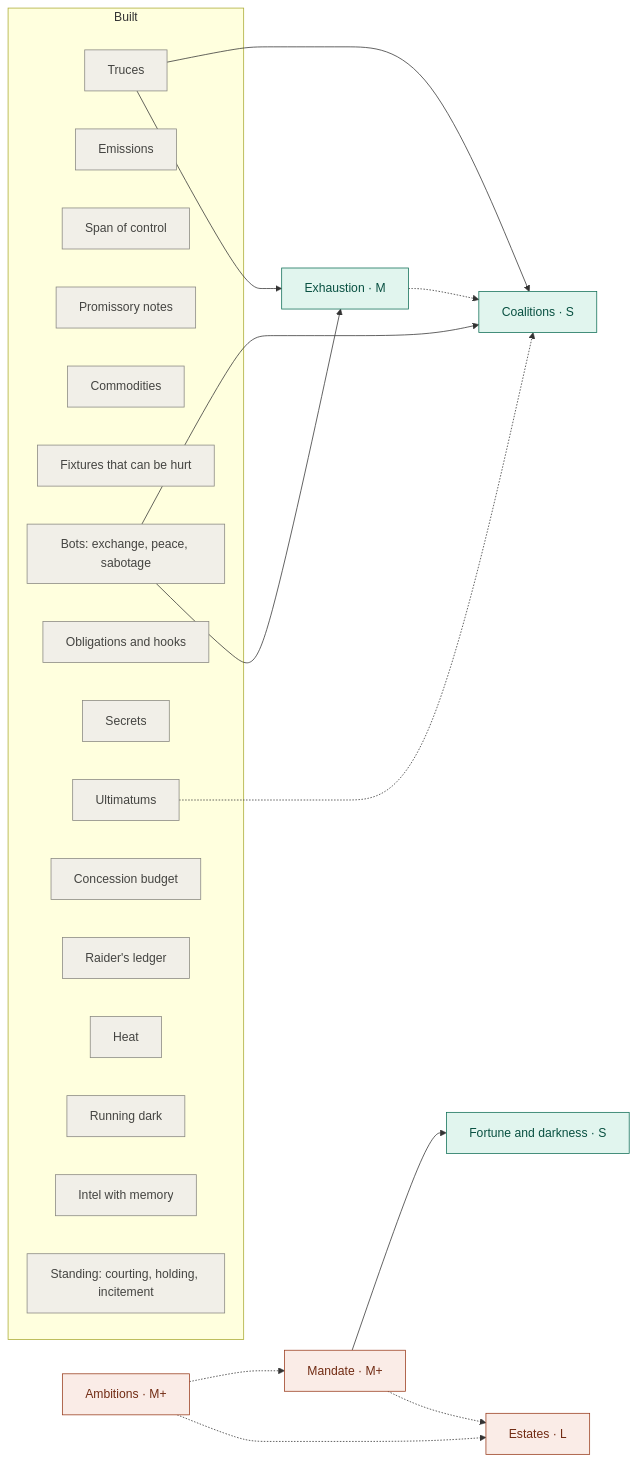
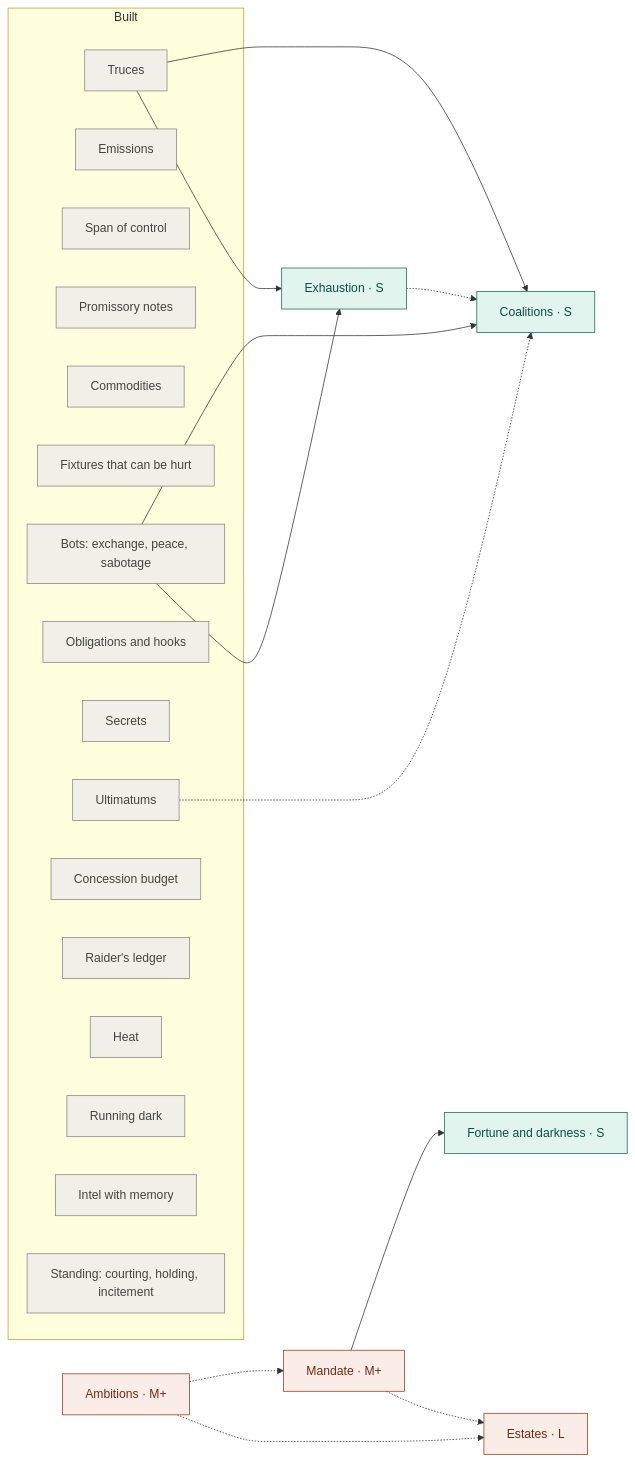
Before and after one commit to 1adityashetty1/paxgalactica: the diagram in docs/brainstorm-2026-10-02.md, drawn with Mermaid. The commit also changed other lines of this file, not shown here.

Commit message:
Build graph: exhaustion is a position check; what mutual defence needs to carry a coalition

````diff
--- a/docs/brainstorm-2026-10-02.md
+++ b/docs/brainstorm-2026-10-02.md
@@ -654,35 +666,35 @@
 ```mermaid
 flowchart LR
   classDef light fill:#E1F5EE,stroke:#0F6E56,color:#085041
   classDef heavy fill:#FAECE7,stroke:#993C1D,color:#712B13
   classDef done fill:#F1EFE8,stroke:#888780,color:#444441
 
   subgraph built["Built"]
     truces["Truces"]:::done
     emissions["Emissions"]:::done
     span["Span of control"]:::done
     notes["Promissory notes"]:::done
     commodities["Commodities"]:::done
     fixtures["Fixtures that can be hurt"]:::done
     accords["Bots: exchange, peace, sabotage"]:::done
     obligations["Obligations and hooks"]:::done
     secrets["Secrets"]:::done
     ultimatums["Ultimatums"]:::done
     concession["Concession budget"]:::done
     ledger["Raider's ledger"]:::done
     heat["Heat"]:::done
     dark["Running dark"]:::done
     intel["Intel with memory"]:::done
     courting["Standing: courting, holding, incitement"]:::done
   end
 
   truces --> coalitions["Coalitions · S"]:::light
   accords --> coalitions
   ultimatums -.-> coalitions
-  truces --> exhaustion["Exhaustion · M"]:::light
+  truces --> exhaustion["Exhaustion · S"]:::light
   accords --> exhaustion
   exhaustion -.-> coalitions
   ambitions["Ambitions · M+"]:::heavy -.-> mandate["Mandate · M+"]:::heavy --> fortune["Fortune and darkness · S"]:::light
   ambitions -.-> estates["Estates · L"]:::heavy
   mandate -.-> estates
 ```
````
